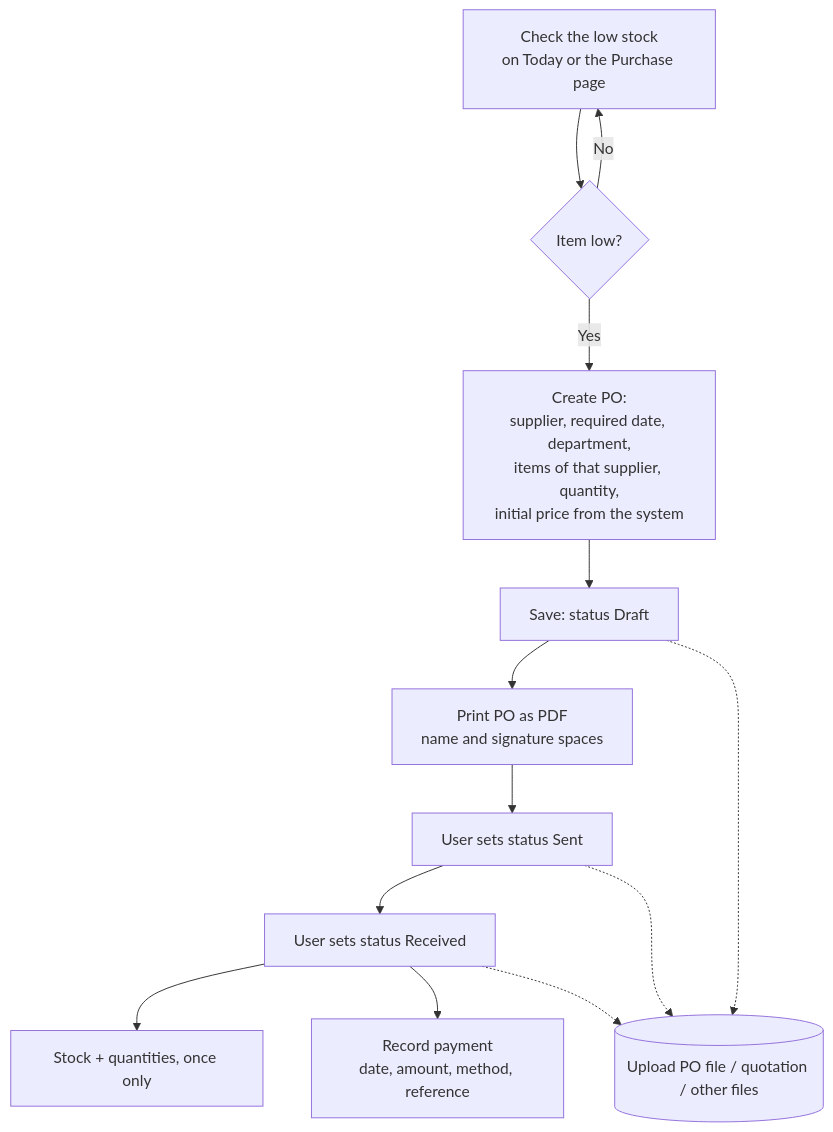
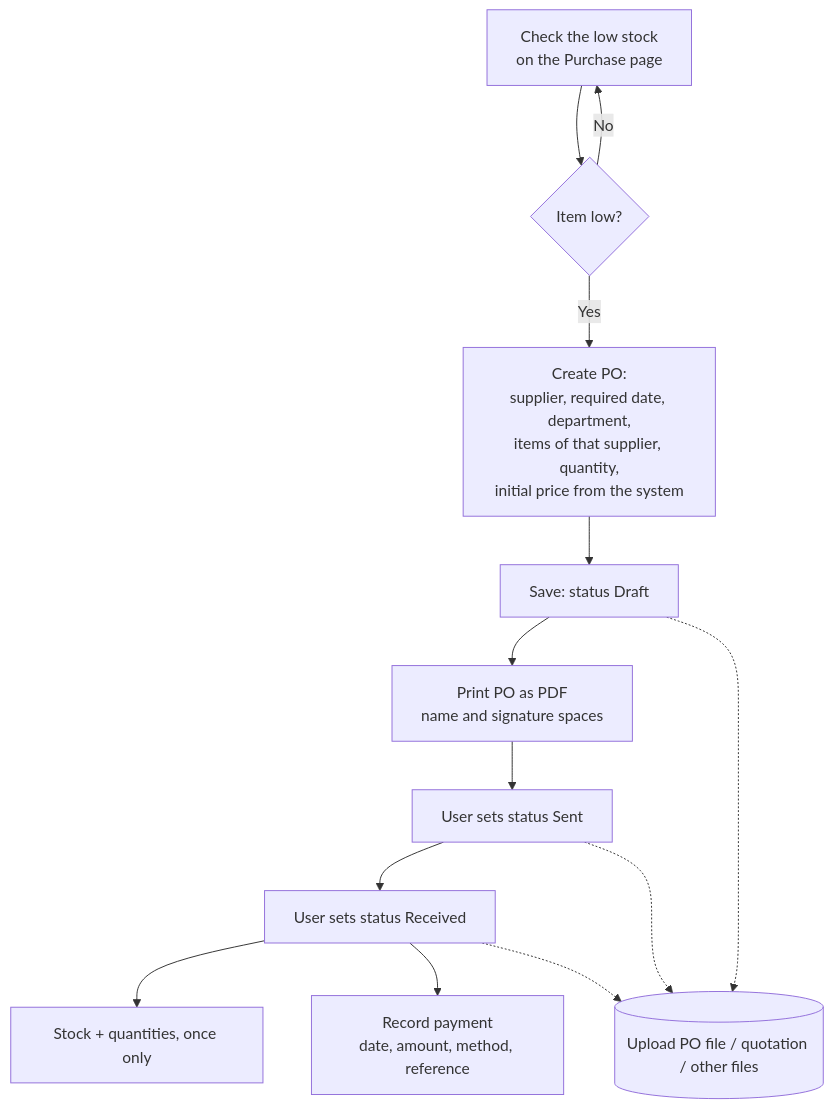
One commit to Detmon0410/Base_Sample_ERP changed the second of 9 diagrams in ProjectdocInfo/Flow Chart.md. Above: the diagram before and after it, drawn with Mermaid. The commit also changed other lines of this file and 6 other files, not shown here.

Commit message:
ProjectdocInfo: the diagrams follow the code (the Factory adds the processes, no Today page, 23 tables, columns of the ER)

````diff
--- a/ProjectdocInfo/Flow Chart.md
+++ b/ProjectdocInfo/Flow Chart.md
@@ -28,15 +29,15 @@
 ```mermaid
 flowchart TD
-    S1[Check the low stock<br/>on Today or the Purchase page] --> S2{Item low?}
+    S1[Check the low stock<br/>on the Purchase page] --> S2{Item low?}
     S2 -- No --> S1
     S2 -- Yes --> S3[Create PO:<br/>supplier, required date, department,<br/>items of that supplier, quantity,<br/>initial price from the system]
     S3 --> S4[Save: status Draft]
     S4 --> S5[Print PO as PDF<br/>name and signature spaces]
     S5 --> S6[User sets status Sent]
     S6 --> S7[User sets status Received]
     S7 --> S8[Stock + quantities, once only]
     S7 --> S9[Record payment<br/>date, amount, method, reference]
     S4 -.-> S10[(Upload PO file / quotation / other files)]
     S6 -.-> S10
     S7 -.-> S10
 ```
````
